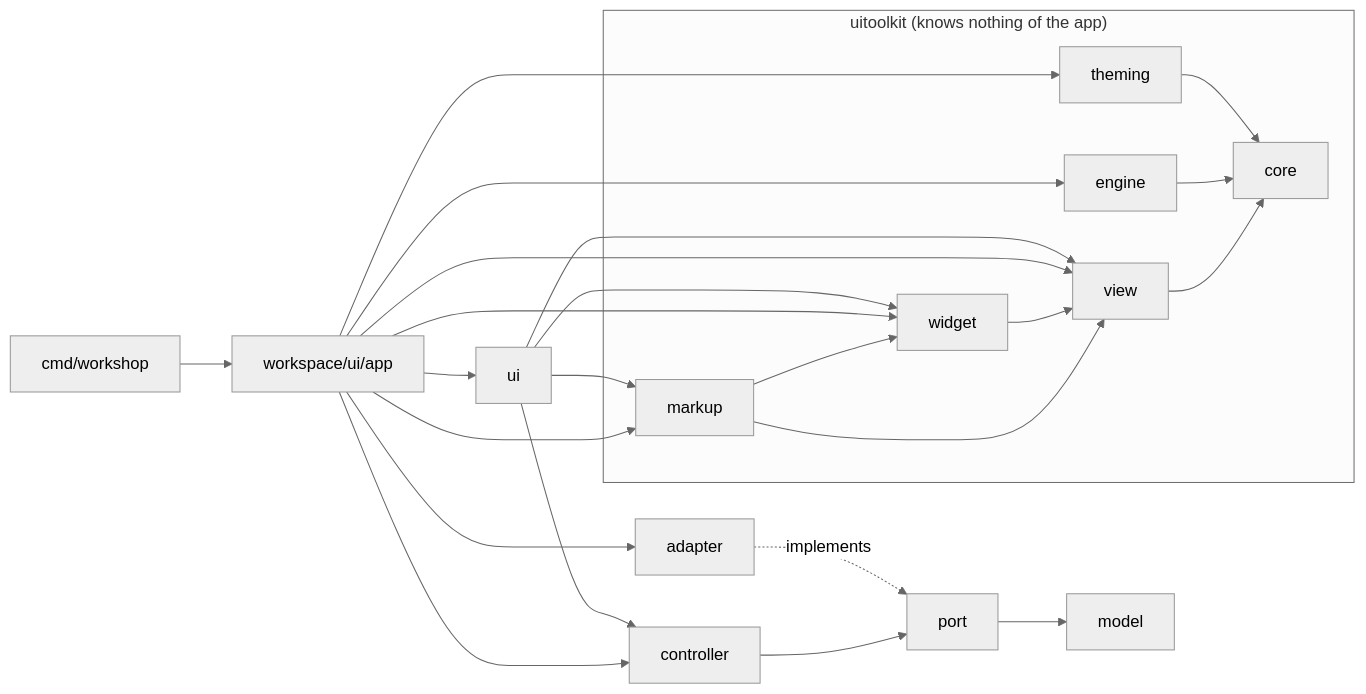
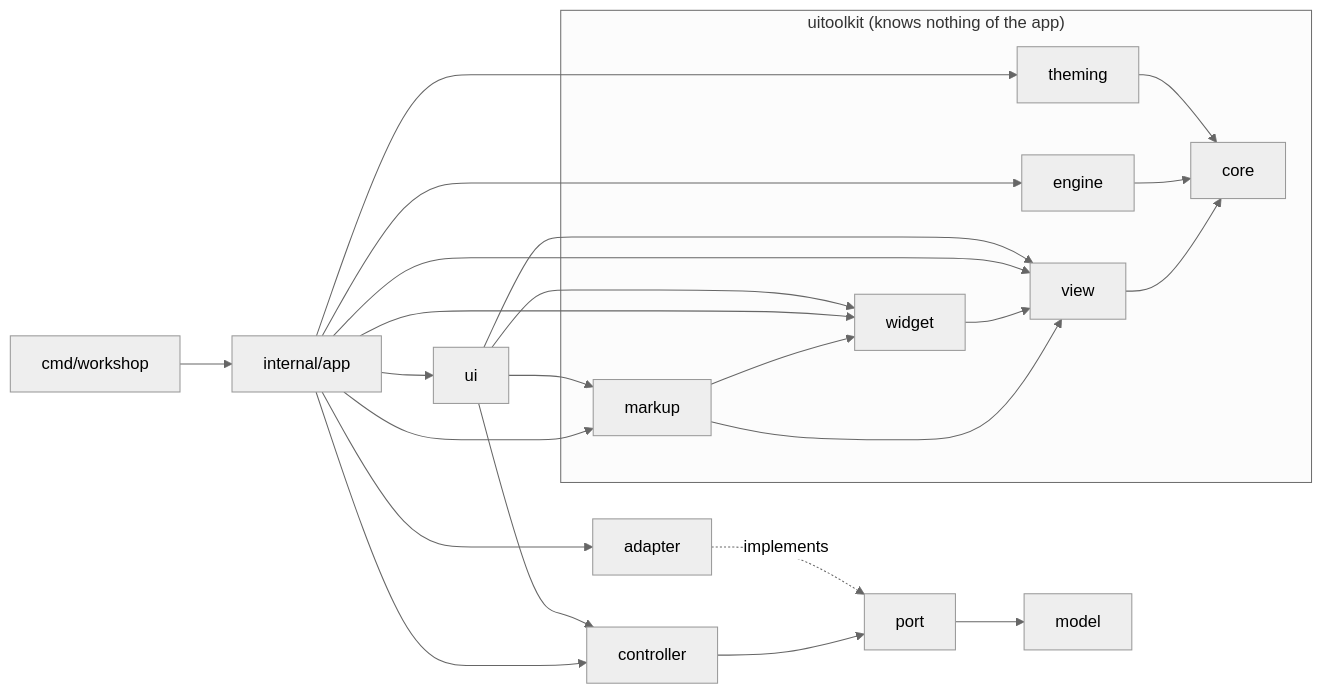
One commit to gascoigne-ai/gascoigne-workshop changed the diagram in .harness/architecture.md. Above: the diagram before and after it, drawn with Mermaid (neutral theme). The commit also changed other lines of this file and 410 other files, not shown here.

First line of the commit message:
refactor(app): move the App to internal/app

````diff
--- a/.harness/architecture.md
+++ b/.harness/architecture.md
@@ -7,17 +7,17 @@
 ```mermaid
 flowchart LR
-  cmd["cmd/workshop"] --> app["workspace/ui/app"]
+  cmd["cmd/workshop"] --> app["internal/app"]
   app --> ui["ui"] & ctl["controller"] & adp["adapter"]
   ui --> ctl --> port["port"] --> mdl["model"]
   adp -. implements .-> port
   subgraph toolkit["uitoolkit (knows nothing of the app)"]
     markup["markup"] --> widget["widget"]
     markup --> view["view"]
     widget --> view
     view --> core["core"]
     engine["engine"] --> core
     theming["theming"] --> core
   end
   app & ui --> markup & widget & view
   app --> engine & theming
 ```
````
